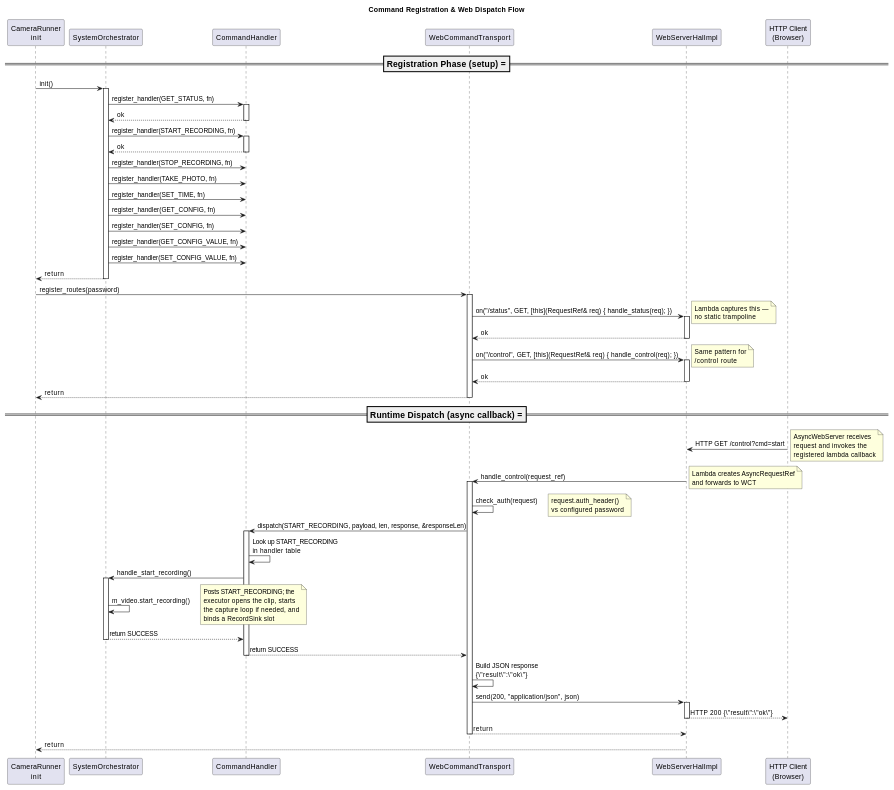
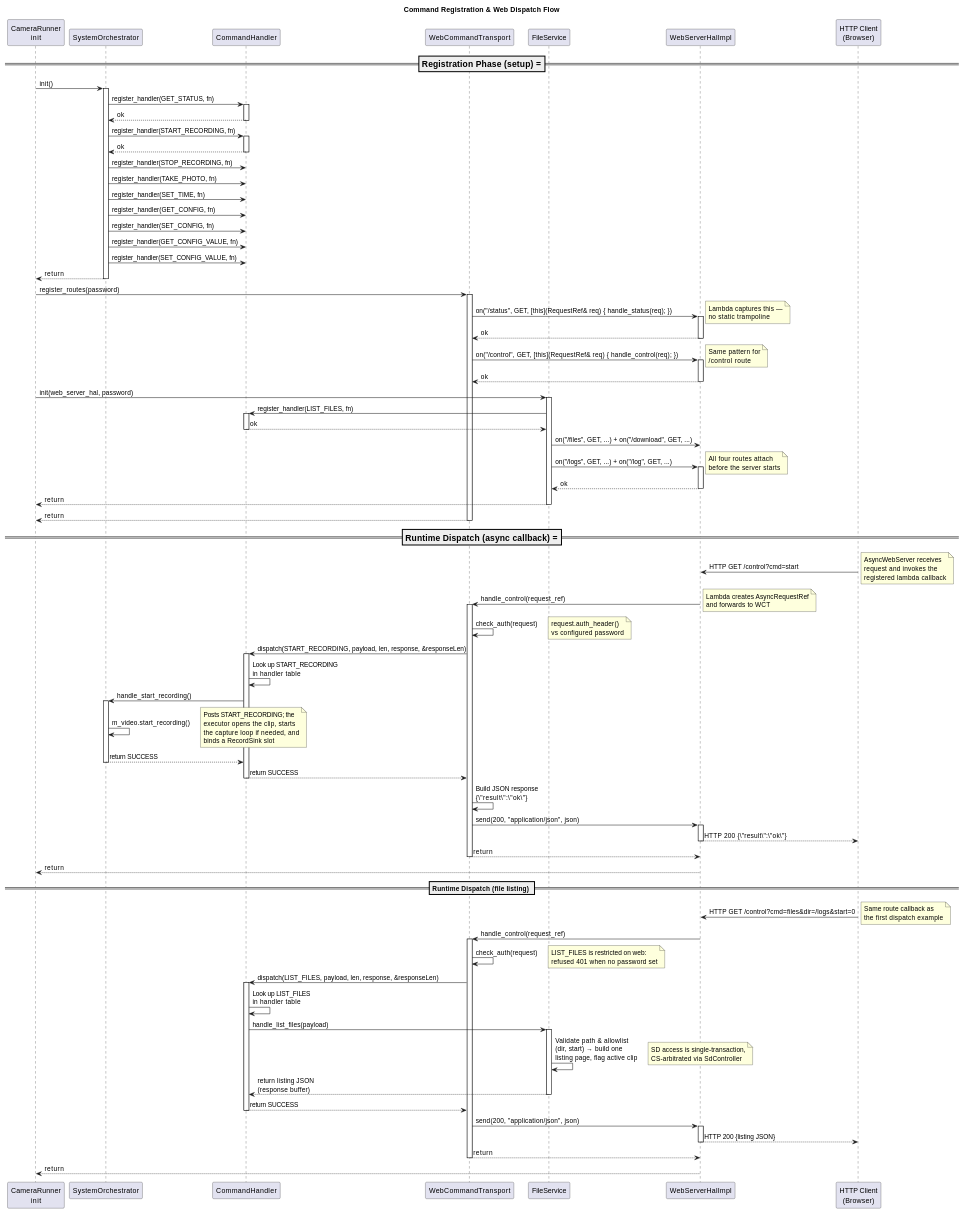
The ninth of 9 diagrams in docs/SYSTEM_DESIGN.md (timwalsh41/micro-security-cam), drawn with PlantUML before and after one commit. The commit also changed other lines of this file, not shown here.

Commit message:
docs: add LIST_FILES (0x40) to command handling sequence diagram (#24)
* docs: add LIST_FILES (0x40) to command handling sequence diagram

Slice 5 (#23) added the LIST_FILES dispatch command registered by
FileService plus the file routes (/files, /download, /logs, /log) and
the cmd=files web mapping. Extend the registration phase with
FileService's handler and route wiring and add a file-listing dispatch
example, matching the diagram's existing notation.

* docs: fix PlantUML syntax errors in command handling sequence diagram

Multi-line notes/divider continuation lines in the file-listing dispatch
section broke PlantUML rendering. Embed \n in single-line notes, fix the
invalid three-equals divider, and verify rendering via PlantUML server.

````diff
--- a/docs/SYSTEM_DESIGN.md
+++ b/docs/SYSTEM_DESIGN.md
@@ -2588,6 +2590,7 @@
 participant "SystemOrchestrator" as ORCH
 participant "CommandHandler" as CMDH
 participant "WebCommandTransport" as WCT
+participant "FileService" as FS
 participant "WebServerHalImpl" as WSH
 participant "HTTP Client\n(Browser)" as HTTP_CLIENT
 
@@ -2634,6 +2637,24 @@
 note right: Same pattern for\n/control route
 WSH --> WCT : ok
 deactivate WSH
+
+MAIN -> FS : init(web_server_hal, password)
+activate FS
+
+FS -> CMDH : register_handler(LIST_FILES, fn)
+activate CMDH
+CMDH --> FS : ok
+deactivate CMDH
+
+FS -> WSH : on("/files", GET, ...) + on("/download", GET, ...)
+FS -> WSH : on("/logs", GET, ...) + on("/log", GET, ...)
+activate WSH
+note right: All four routes attach\nbefore the server starts
+WSH --> FS : ok
+deactivate WSH
+
+FS --> MAIN : return
+deactivate FS
 
 WCT --> MAIN : return
 deactivate WCT
@@ -2689,5 +2710,52 @@
 WSH --> MAIN : return
 deactivate WSH
 
+' ==================================================================
+' Runtime dispatch phase — file listing
+' ==================================================================
+== Runtime Dispatch (file listing) ==
+
+HTTP_CLIENT -> WSH : HTTP GET /control?cmd=files&dir=/logs&start=0
+note right: Same route callback as\nthe first dispatch example
+
+WSH -> WCT : handle_control(request_ref)
+activate WCT
+
+' Auth check + restricted-on-web policy
+WCT -> WCT : check_auth(request)
+note right: LIST_FILES is restricted on web:\nrefused 401 when no password set
+
+' Dispatch command
+WCT -> CMDH : dispatch(LIST_FILES, payload, len, response, &responseLen)
+activate CMDH
+
+' CommandHandler finds the matching registered handler
+CMDH -> CMDH : Look up LIST_FILES\nin handler table
+
+' Execute the handler (registered by FileService)
+CMDH -> FS : handle_list_files(payload)
+activate FS
+
+FS -> FS : Validate path & allowlist\n(dir, start) → build one\nlisting page, flag active clip
+note right: SD access is single-transaction,\nCS-arbitrated via SdController
+
+FS --> CMDH : return listing JSON\n(response buffer)
+deactivate FS
+
+CMDH --> WCT : return SUCCESS
+deactivate CMDH
+
+' Build and send JSON response
+WCT -> WSH : send(200, "application/json", json)
+activate WSH
+WSH --> HTTP_CLIENT : HTTP 200 {listing JSON}
+deactivate WSH
+
+WCT --> WSH : return
+deactivate WCT
+
+WSH --> MAIN : return
+deactivate WSH
+
 @enduml
 ```
````
